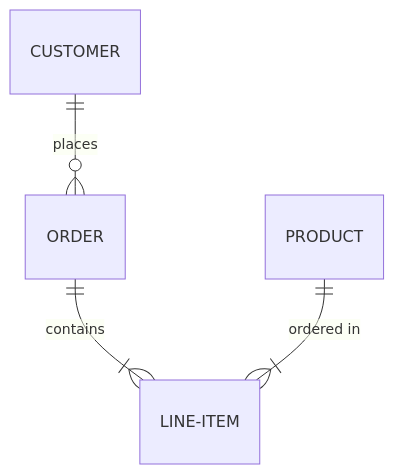
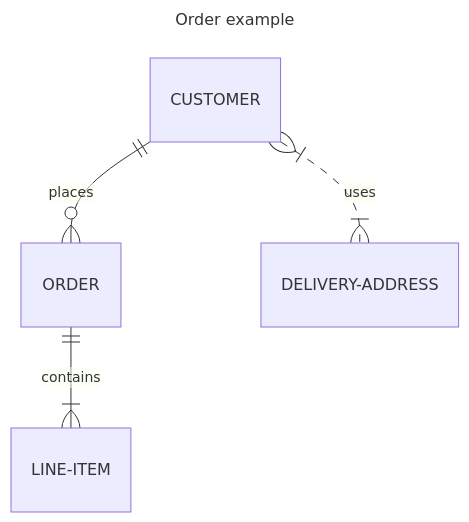
One commit to teachingai/full-stack-skills changed the first of 17 diagrams in skills/mermaid/examples/er.md. Above: the diagram before and after it, drawn with Mermaid. The commit also changed other lines of this file and 21 other files, not shown here.

First line of the commit message:
docs(mermaid): 更新架构、块、C4和类图示例文档

````diff
--- a/skills/mermaid/examples/er.md
+++ b/skills/mermaid/examples/er.md
@@ -31,6 +33,9 @@
 ```mermaid
+---
+title: Order example
+---
 erDiagram
     CUSTOMER ||--o{ ORDER : places
     ORDER ||--|{ LINE-ITEM : contains
-    PRODUCT ||--|{ LINE-ITEM : "ordered in"
+    CUSTOMER }|..|{ DELIVERY-ADDRESS : uses
 ```
````
